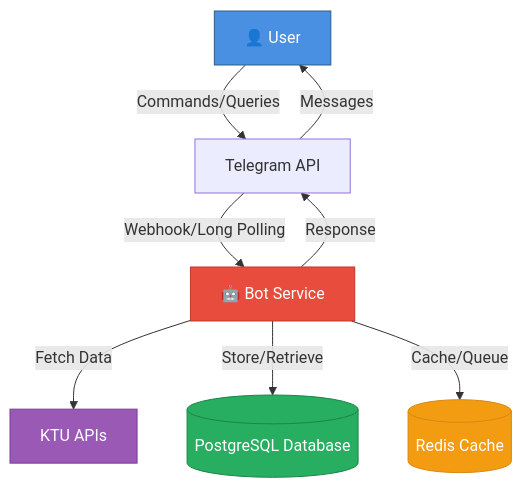
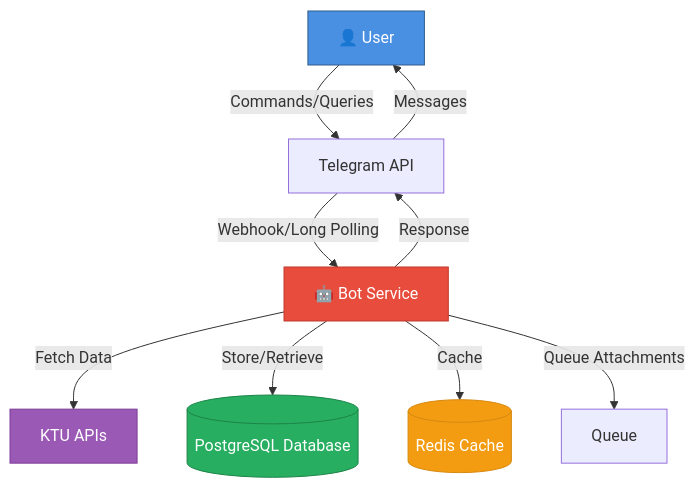
One commit to devadathanmb/ktu-bot changed the first of 2 diagrams in docs/working.md. Above: the diagram before and after it, drawn with Mermaid. The commit also changed other lines of this file and 24 other files, not shown here.

````diff
--- a/docs/working.md
+++ b/docs/working.md
@@ -24,23 +24,24 @@
 ```mermaid
 graph TB
     User[👤 User]
     TG[Telegram API]
     Bot[🤖 Bot Service]
     DB[(PostgreSQL Database)]
     Redis[(Redis Cache)]
     KTU[KTU APIs]
 
     User -->|Commands/Queries| TG
     TG -->|Webhook/Long Polling| Bot
     Bot -->|Fetch Data| KTU
     Bot -->|Store/Retrieve| DB
-    Bot -->|Cache/Queue| Redis
+    Bot -->|Cache| Redis
+    Bot -->|Queue Attachments| Queue
     Bot -->|Response| TG
     TG -->|Messages| User
 
     style User fill:#4a90e2,stroke:#2e5c8a,color:#fff
     style Bot fill:#e74c3c,stroke:#c0392b,color:#fff
     style DB fill:#27ae60,stroke:#1e8449,color:#fff
     style Redis fill:#f39c12,stroke:#d68910,color:#fff
     style KTU fill:#9b59b6,stroke:#7d3c98,color:#fff
 ```
````
